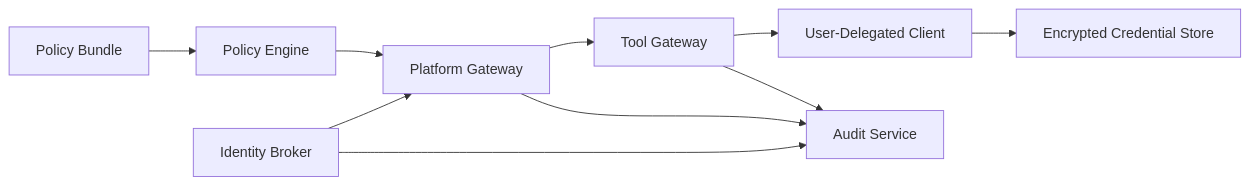
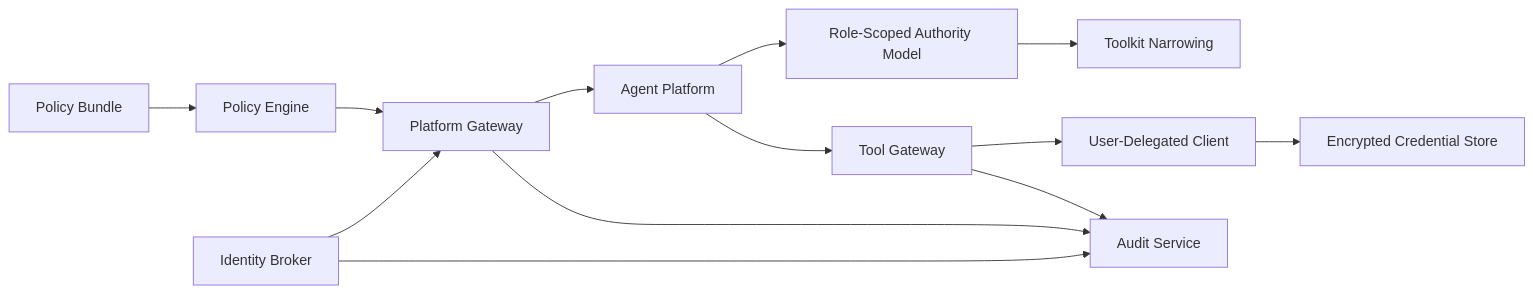
One commit to metasync/luban-aiops changed diagram 14 of 14 in .qoder/repowiki/en/content/Security and Authorization/Security and Authorization.md. Above: the diagram before and after it, drawn with Mermaid. The commit also changed other lines of this file and 22 other files, not shown here.

````diff
--- a/.qoder/repowiki/en/content/Security and Authorization/Security and Authorization.md
+++ b/.qoder/repowiki/en/content/Security and Authorization/Security and Authorization.md
@@ -457,12 +555,15 @@
 ```mermaid
 graph LR
 PolicyBundle["Policy Bundle"] --> PolicyEngine["Policy Engine"]
 PolicyEngine --> Gateway["Platform Gateway"]
 Broker["Identity Broker"] --> Gateway
-Gateway --> ToolGW["Tool Gateway"]
+Gateway --> Agent["Agent Platform"]
+Agent --> RoleModel["Role-Scoped Authority Model"]
+RoleModel --> ToolkitNarrowing["Toolkit Narrowing"]
+Agent --> ToolGW["Tool Gateway"]
 ToolGW --> UserDelegated["User-Delegated Client"]
 UserDelegated --> CredentialStore["Encrypted Credential Store"]
 ToolGW --> Audit["Audit Service"]
 Gateway --> Audit
 Broker --> Audit
 ```
````
